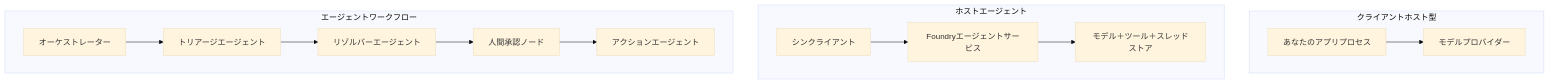
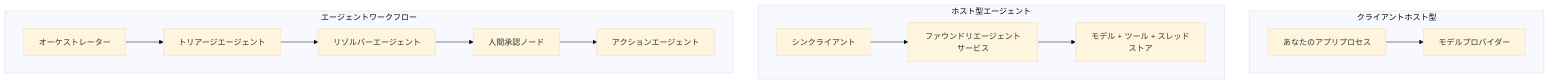
Before and after one commit to gabrielmoreira/agent-skills-mirror: the first of 4 diagrams in mirrors/repos/microsoft@ai-agents-for-beginners/translations/ja/16-deploying-scalable-agents/README.md, drawn with Mermaid (base theme). The commit also changed other lines of this file and 4262 other files, not shown here.

````diff
--- a/mirrors/repos/microsoft@ai-agents-for-beginners/translations/ja/16-deploying-scalable-agents/README.md
+++ b/mirrors/repos/microsoft@ai-agents-for-beginners/translations/ja/16-deploying-scalable-agents/README.md
@@ -87,16 +87,16 @@
 ```mermaid
 flowchart TB
     subgraph P1[クライアントホスト型]
         A1[あなたのアプリプロセス] --> M1[モデルプロバイダー]
     end
-    subgraph P2[ホストエージェント]
-        A2[シンクライアント] --> F2[Foundryエージェントサービス]
-        F2 --> M2[モデル＋ツール＋スレッドストア]
+    subgraph P2[ホスト型エージェント]
+        A2[シンクライアント] --> F2[ファウンドリエージェントサービス]
+        F2 --> M2[モデル + ツール + スレッドストア]
     end
     subgraph P3[エージェントワークフロー]
         A3[オーケストレーター] --> S1[トリアージエージェント]
         S1 --> S2[リゾルバーエージェント]
         S2 --> H[人間承認ノード]
         H --> S3[アクションエージェント]
     end
 ```
````
